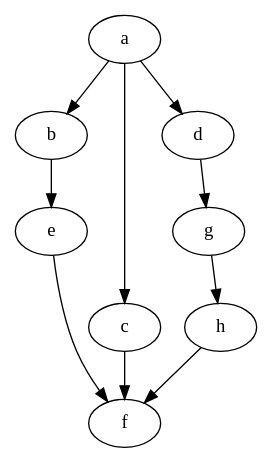
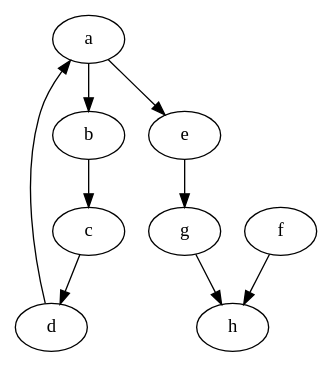
Before and after one commit to EbenTowne/CSE464-EbenTowne: the diagram in src/main/resources/graphfile.dot, drawn with Graphviz. The commit also changed 1 other file, not shown here.

Commit message:
Implementing dot graph announced by TA on 11/21/2024. Also changed unit testcases to accommodate new dot graph

```diff
--- a/src/main/resources/graphfile.dot
+++ b/src/main/resources/graphfile.dot
@@ -1,19 +1,10 @@
-digraph { //updated
-    a;
-    b;
-    c;
-    d;
-    e;
-    f;
-    g;
-    h;
+digraph {
     a -> b;
-    a -> c;
-    a -> d;
-    b -> e;
-    c -> f;
-    d -> g;
+    b -> c;
+    c -> d;
+    d -> a;
+    a -> e;
+    e -> g;
+    f -> h;
     g -> h;
-    h -> f;
-    e -> f;
 }
```
